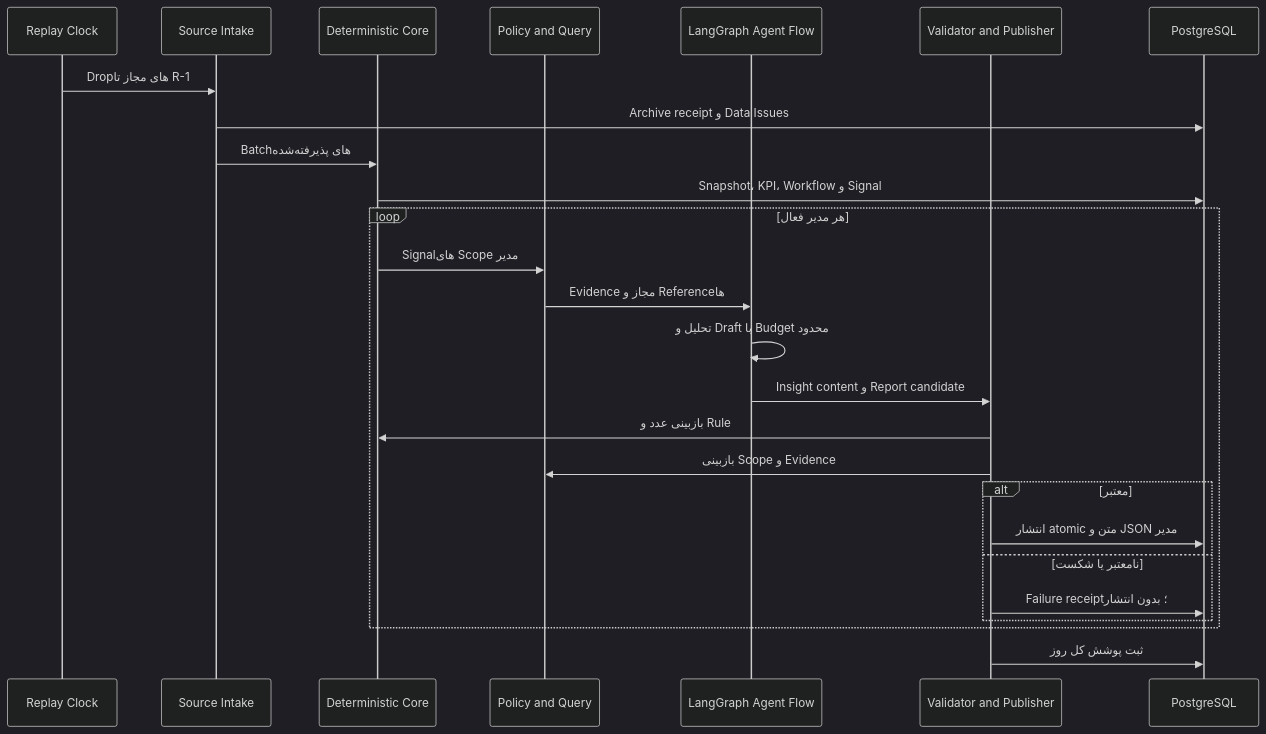
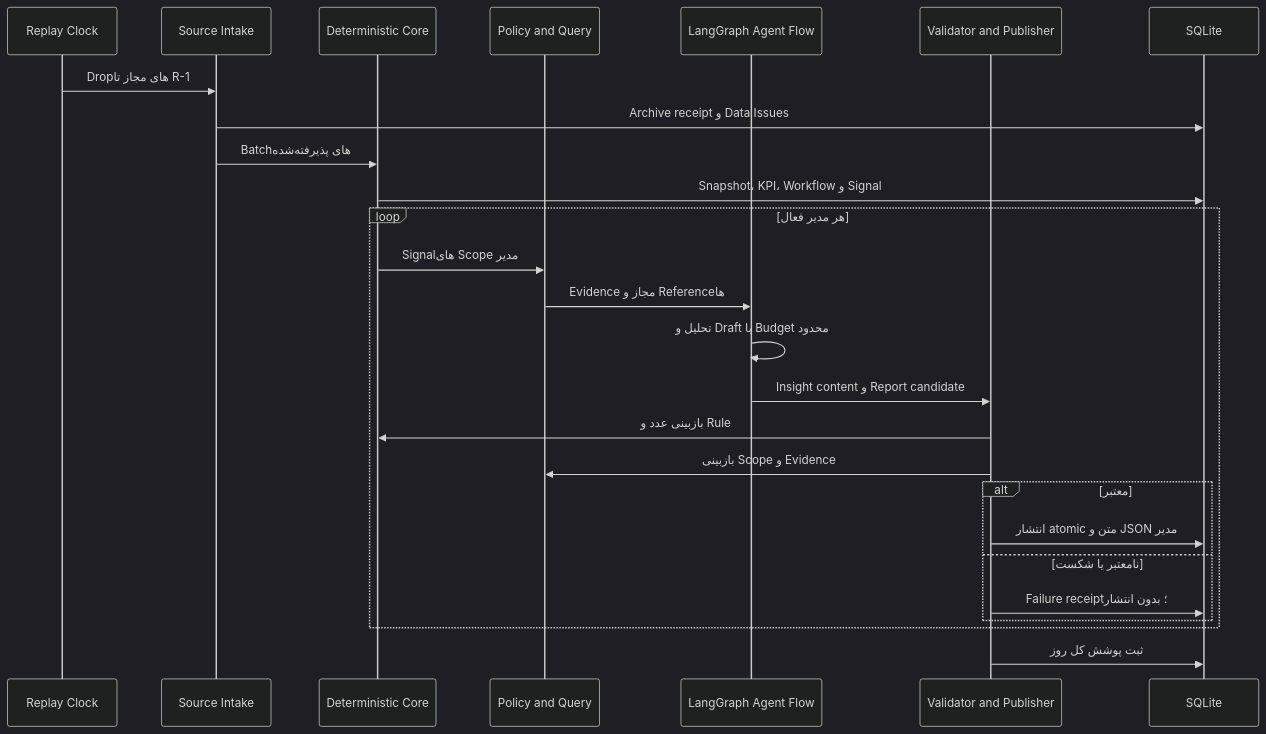
Before and after one commit to orgpilot-team/OrgPilot: the third of 4 diagrams in Docs/Arka-ToBe-Architecture-Review/to-be-architecture.md, drawn with Mermaid (dark theme). The commit also changed other lines of this file and 11 other files, not shown here.

Commit message:
docs: finalize architecture review artifacts

````diff
--- a/Docs/Arka-ToBe-Architecture-Review/to-be-architecture.md
+++ b/Docs/Arka-ToBe-Architecture-Review/to-be-architecture.md
@@ -94,29 +94,29 @@
 ```mermaid
 sequenceDiagram
     participant R as Replay Clock
     participant I as Source Intake
     participant D as Deterministic Core
     participant P as Policy and Query
     participant G as LangGraph Agent Flow
     participant V as Validator and Publisher
-    participant DB as PostgreSQL
+    participant DB as SQLite
 
     R->>I: Dropهای مجاز تا R-1
     I->>DB: Archive receipt و Data Issues
     I->>D: Batchهای پذیرفته‌شده
     D->>DB: Snapshot، KPI، Workflow و Signal
     loop هر مدیر فعال
       D->>P: Signalهای Scope مدیر
       P->>G: Evidence مجاز و Referenceها
       G->>G: تحلیل و Draft با Budget محدود
       G->>V: Insight content و Report candidate
       V->>D: بازبینی عدد و Rule
       V->>P: بازبینی Scope و Evidence
       alt معتبر
         V->>DB: انتشار atomic متن و JSON مدیر
       else نامعتبر یا شکست
         V->>DB: Failure receipt؛ بدون انتشار
       end
     end
     V->>DB: ثبت پوشش کل روز
 ```
````
